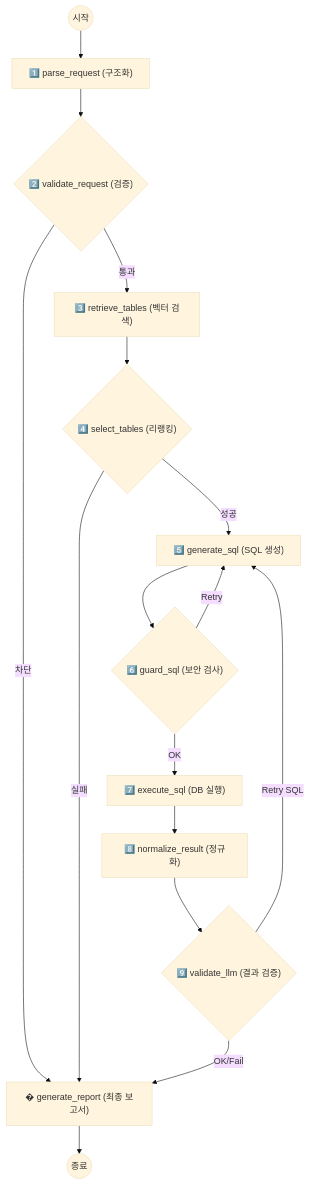
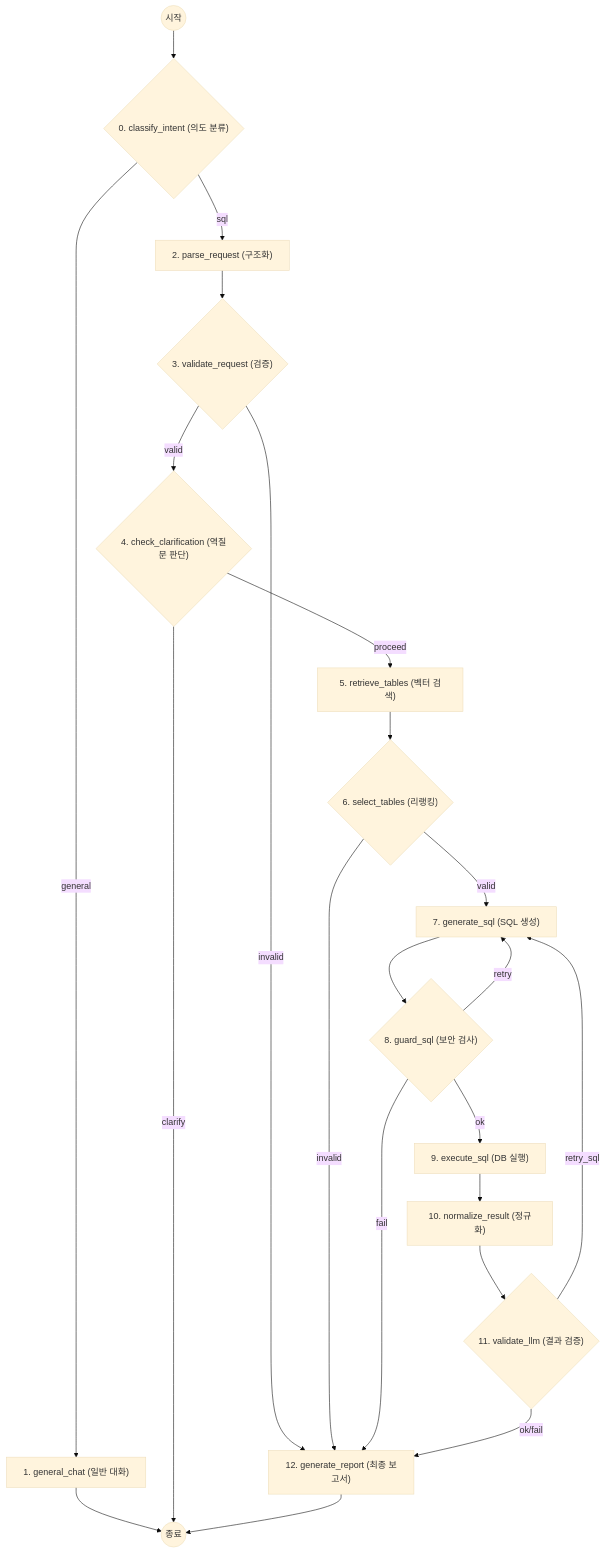
One commit to sonsukwoo/server-agent changed the diagram in README.md. Above: the diagram before and after it, drawn with Mermaid (base theme). The commit also changed other lines of this file and 7 other files, not shown here.

````diff
--- a/README.md
+++ b/README.md
@@ -114,35 +114,40 @@
 ```mermaid
 graph TD
     %% Entry
-    Start((시작)) --> parse_request["1️⃣ parse_request (구조화)"]
-    
-    %% Input Layer
-    parse_request --> validate_request{"2️⃣ validate_request (검증)"}
-    
-    %% Retrieval Layer
-    validate_request -- "통과" --> retrieve_tables["3️⃣ retrieve_tables (벡터 검색)"]
-    validate_request -- "차단" --> generate_report
-    
-    retrieve_tables --> select_tables{"4️⃣ select_tables (리랭킹)"}
-    
-    %% Generation & Guard Layer
-    select_tables -- "성공" --> generate_sql["5️⃣ generate_sql (SQL 생성)"]
-    select_tables -- "실패" --> generate_report
-    
-    generate_sql --> guard_sql{"6️⃣ guard_sql (보안 검사)"}
-    guard_sql -- "Retry" --> generate_sql
-    guard_sql -- "OK" --> execute_sql["7️⃣ execute_sql (DB 실행)"]
-    
-    %% Execution & Validation Layer
-    execute_sql --> normalize_result["8️⃣ normalize_result (정규화)"]
-    normalize_result --> validate_llm{"9️⃣ validate_llm (결과 검증)"}
-    
+    Start((시작)) --> classify_intent{"0. classify_intent (의도 분류)"}
+
+    %% Intent Routing
+    classify_intent -- "general" --> general_chat["1. general_chat (일반 대화)"]
+    classify_intent -- "sql" --> parse_request["2. parse_request (구조화)"]
+    general_chat --> End((종료))
+
+    %% Request Validation + HITL
+    parse_request --> validate_request{"3. validate_request (검증)"}
+    validate_request -- "valid" --> check_clarification{"4. check_clarification (역질문 판단)"}
+    validate_request -- "invalid" --> generate_report["12. generate_report (최종 보고서)"]
+
+    check_clarification -- "clarify" --> End
+    check_clarification -- "proceed" --> retrieve_tables["5. retrieve_tables (벡터 검색)"]
+
+    %% Table Selection
+    retrieve_tables --> select_tables{"6. select_tables (리랭킹)"}
+    select_tables -- "valid" --> generate_sql["7. generate_sql (SQL 생성)"]
+    select_tables -- "invalid" --> generate_report
+
+    %% SQL Guard
+    generate_sql --> guard_sql{"8. guard_sql (보안 검사)"}
+    guard_sql -- "retry" --> generate_sql
+    guard_sql -- "ok" --> execute_sql["9. execute_sql (DB 실행)"]
+    guard_sql -- "fail" --> generate_report
+
+    %% Execution & Validation
+    execute_sql --> normalize_result["10. normalize_result (정규화)"]
+    normalize_result --> validate_llm{"11. validate_llm (결과 검증)"}
+
     %% Cyclic Correction
-    validate_llm -- "Retry SQL" --> generate_sql
-    validate_llm -- "OK/Fail" --> generate_report["� generate_report (최종 보고서)"]
-    
+    validate_llm -- "retry_sql" --> generate_sql
+    validate_llm -- "ok/fail" --> generate_report
+
     %% End
-    generate_report --> End((종료))
-
-    %% (Tools & Metadata section removed to show only node flow)
+    generate_report --> End
 ```
````
